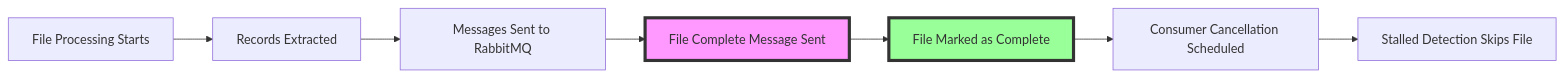
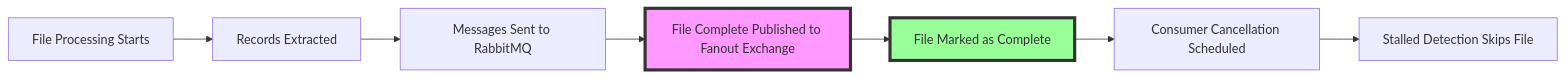
Before and after one commit to SimplicityGuy/discogsography: the diagram in docs/file-completion-tracking.md, drawn with Mermaid. The commit also changed 19 other files, not shown here.

First line of the commit message:
refactor(rabbitmq): replace topic exchange with per-data-type fanout exchanges (#105)

````diff
--- a/docs/file-completion-tracking.md
+++ b/docs/file-completion-tracking.md
@@ -23,12 +23,12 @@
 ```mermaid
 graph LR
     A[File Processing Starts] --> B[Records Extracted]
     B --> C[Messages Sent to RabbitMQ]
-    C --> D[File Complete Message Sent]
+    C --> D[File Complete Published to Fanout Exchange]
     D --> E[File Marked as Complete]
     E --> F[Consumer Cancellation Scheduled]
     F --> G[Stalled Detection Skips File]
 
     style D fill:#f9f,stroke:#333,stroke-width:4px
     style E fill:#9f9,stroke:#333,stroke-width:4px
 ```
````
